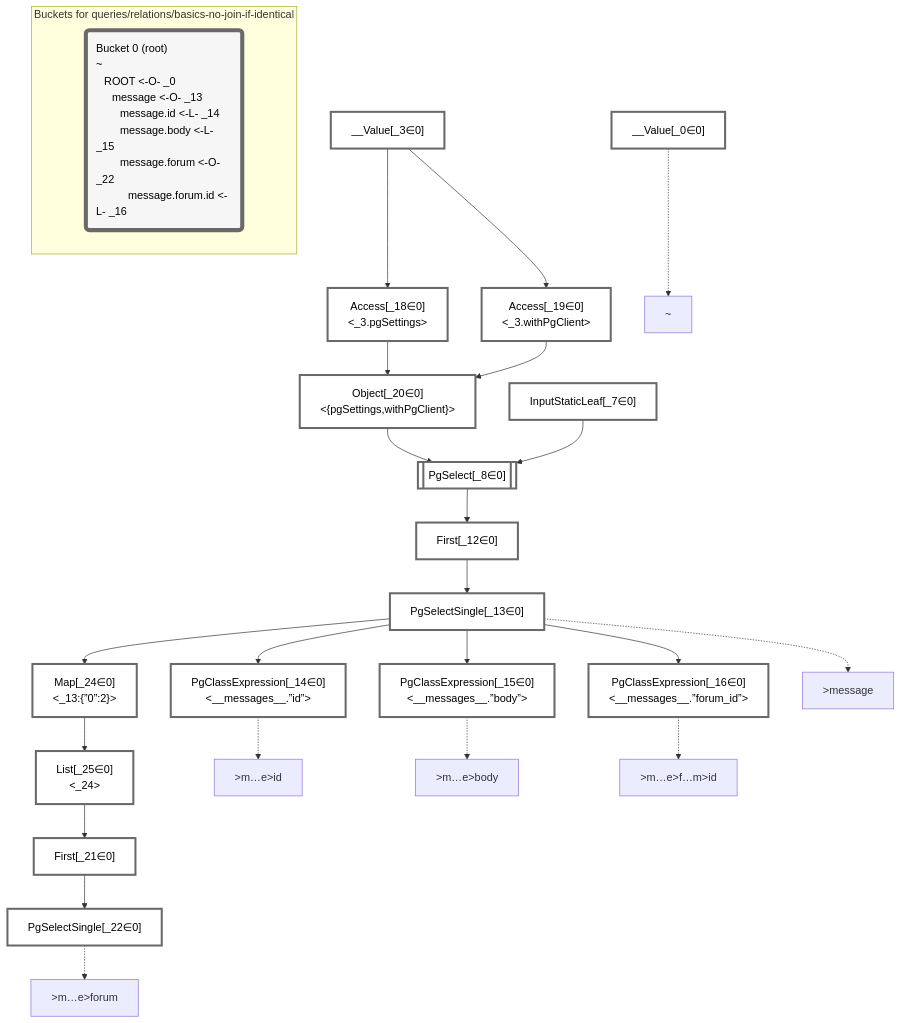
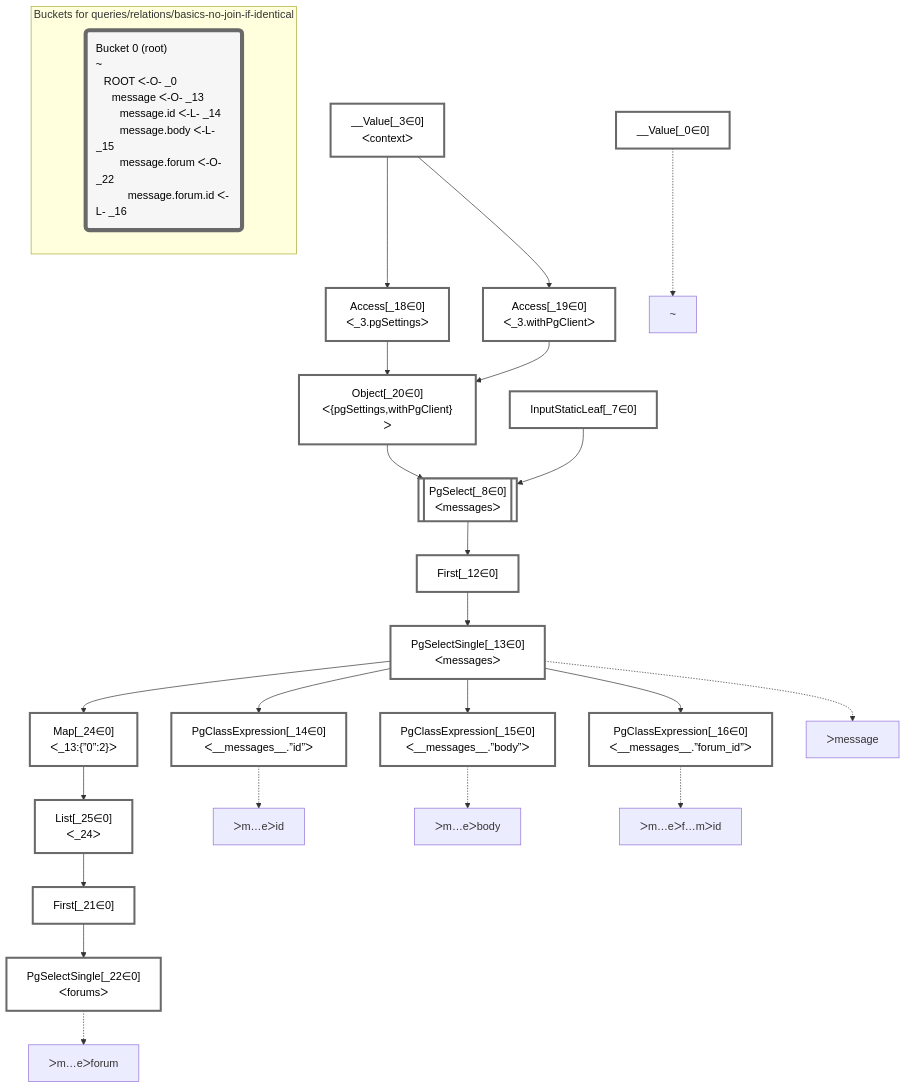
The diagram in packages/dataplan-pg/__tests__/queries/relations/basics-no-join-if-identical.mermaid.md (graphile/crystal), drawn with Mermaid before and after one commit. The commit also changed 195 other files, not shown here.

````diff
--- a/packages/dataplan-pg/__tests__/queries/relations/basics-no-join-if-identical.mermaid.md
+++ b/packages/dataplan-pg/__tests__/queries/relations/basics-no-join-if-identical.mermaid.md
@@ -1,67 +1,67 @@
 ```mermaid
 graph TD
     classDef path fill:#eee,stroke:#000,color:#000
     classDef plan fill:#fff,stroke-width:3px,color:#000
     classDef itemplan fill:#fff,stroke-width:6px,color:#000
     classDef sideeffectplan fill:#f00,stroke-width:6px,color:#000
     classDef bucket fill:#f6f6f6,color:#000,stroke-width:6px,text-align:left
 
 
     %% define plans
     __Value_0["__Value[_0∈0]"]:::plan
-    __Value_3["__Value[_3∈0]<br /><context>"]:::plan
+    __Value_3["__Value[_3∈0]<br />ᐸcontextᐳ"]:::plan
     InputStaticLeaf_7["InputStaticLeaf[_7∈0]"]:::plan
-    PgSelect_8[["PgSelect[_8∈0]<br /><messages>"]]:::plan
+    PgSelect_8[["PgSelect[_8∈0]<br />ᐸmessagesᐳ"]]:::plan
     First_12["First[_12∈0]"]:::plan
-    PgSelectSingle_13["PgSelectSingle[_13∈0]<br /><messages>"]:::plan
-    PgClassExpression_14["PgClassExpression[_14∈0]<br /><__messages__.”id”>"]:::plan
-    PgClassExpression_15["PgClassExpression[_15∈0]<br /><__messages__.”body”>"]:::plan
-    PgClassExpression_16["PgClassExpression[_16∈0]<br /><__messages__.”forum_id”>"]:::plan
-    Access_18["Access[_18∈0]<br /><_3.pgSettings>"]:::plan
-    Access_19["Access[_19∈0]<br /><_3.withPgClient>"]:::plan
-    Object_20["Object[_20∈0]<br /><{pgSettings,withPgClient}>"]:::plan
+    PgSelectSingle_13["PgSelectSingle[_13∈0]<br />ᐸmessagesᐳ"]:::plan
+    PgClassExpression_14["PgClassExpression[_14∈0]<br />ᐸ__messages__.”id”ᐳ"]:::plan
+    PgClassExpression_15["PgClassExpression[_15∈0]<br />ᐸ__messages__.”body”ᐳ"]:::plan
+    PgClassExpression_16["PgClassExpression[_16∈0]<br />ᐸ__messages__.”forum_id”ᐳ"]:::plan
+    Access_18["Access[_18∈0]<br />ᐸ_3.pgSettingsᐳ"]:::plan
+    Access_19["Access[_19∈0]<br />ᐸ_3.withPgClientᐳ"]:::plan
+    Object_20["Object[_20∈0]<br />ᐸ{pgSettings,withPgClient}ᐳ"]:::plan
     First_21["First[_21∈0]"]:::plan
-    PgSelectSingle_22["PgSelectSingle[_22∈0]<br /><forums>"]:::plan
-    Map_24["Map[_24∈0]<br /><_13:{”0”:2}>"]:::plan
-    List_25["List[_25∈0]<br /><_24>"]:::plan
+    PgSelectSingle_22["PgSelectSingle[_22∈0]<br />ᐸforumsᐳ"]:::plan
+    Map_24["Map[_24∈0]<br />ᐸ_13:{”0”:2}ᐳ"]:::plan
+    List_25["List[_25∈0]<br />ᐸ_24ᐳ"]:::plan
 
     %% plan dependencies
     Object_20 --> PgSelect_8
     InputStaticLeaf_7 --> PgSelect_8
     PgSelect_8 --> First_12
     First_12 --> PgSelectSingle_13
     PgSelectSingle_13 --> PgClassExpression_14
     PgSelectSingle_13 --> PgClassExpression_15
     PgSelectSingle_13 --> PgClassExpression_16
     __Value_3 --> Access_18
     __Value_3 --> Access_19
     Access_18 --> Object_20
     Access_19 --> Object_20
     List_25 --> First_21
     First_21 --> PgSelectSingle_22
     PgSelectSingle_13 --> Map_24
     Map_24 --> List_25
 
     %% plan-to-path relationships
     P_0["~"]
     __Value_0 -.-> P_0
-    P_13[">message"]
+    P_13["ᐳmessage"]
     PgSelectSingle_13 -.-> P_13
-    P_14[">m…e>id"]
+    P_14["ᐳm…eᐳid"]
     PgClassExpression_14 -.-> P_14
-    P_15[">m…e>body"]
+    P_15["ᐳm…eᐳbody"]
     PgClassExpression_15 -.-> P_15
-    P_16[">m…e>f…m>id"]
+    P_16["ᐳm…eᐳf…mᐳid"]
     PgClassExpression_16 -.-> P_16
-    P_22[">m…e>forum"]
+    P_22["ᐳm…eᐳforum"]
     PgSelectSingle_22 -.-> P_22
 
     %% allocate buckets
     classDef bucket0 stroke:#696969
     class __Value_0,__Value_3,InputStaticLeaf_7,PgSelect_8,First_12,PgSelectSingle_13,PgClassExpression_14,PgClassExpression_15,PgClassExpression_16,Access_18,Access_19,Object_20,First_21,PgSelectSingle_22,Map_24,List_25 bucket0
 
     subgraph "Buckets for queries/relations/basics-no-join-if-identical"
-    Bucket0("Bucket 0 (root)<br />~<br />⠀ROOT <-O- _0<br />⠀⠀message <-O- _13<br />⠀⠀⠀message.id <-L- _14<br />⠀⠀⠀message.body <-L- _15<br />⠀⠀⠀message.forum <-O- _22<br />⠀⠀⠀⠀message.forum.id <-L- _16"):::bucket
+    Bucket0("Bucket 0 (root)<br />~<br />⠀ROOT ᐸ-O- _0<br />⠀⠀message ᐸ-O- _13<br />⠀⠀⠀message.id ᐸ-L- _14<br />⠀⠀⠀message.body ᐸ-L- _15<br />⠀⠀⠀message.forum ᐸ-O- _22<br />⠀⠀⠀⠀message.forum.id ᐸ-L- _16"):::bucket
     style Bucket0 stroke:#696969
     end
 ```
````
